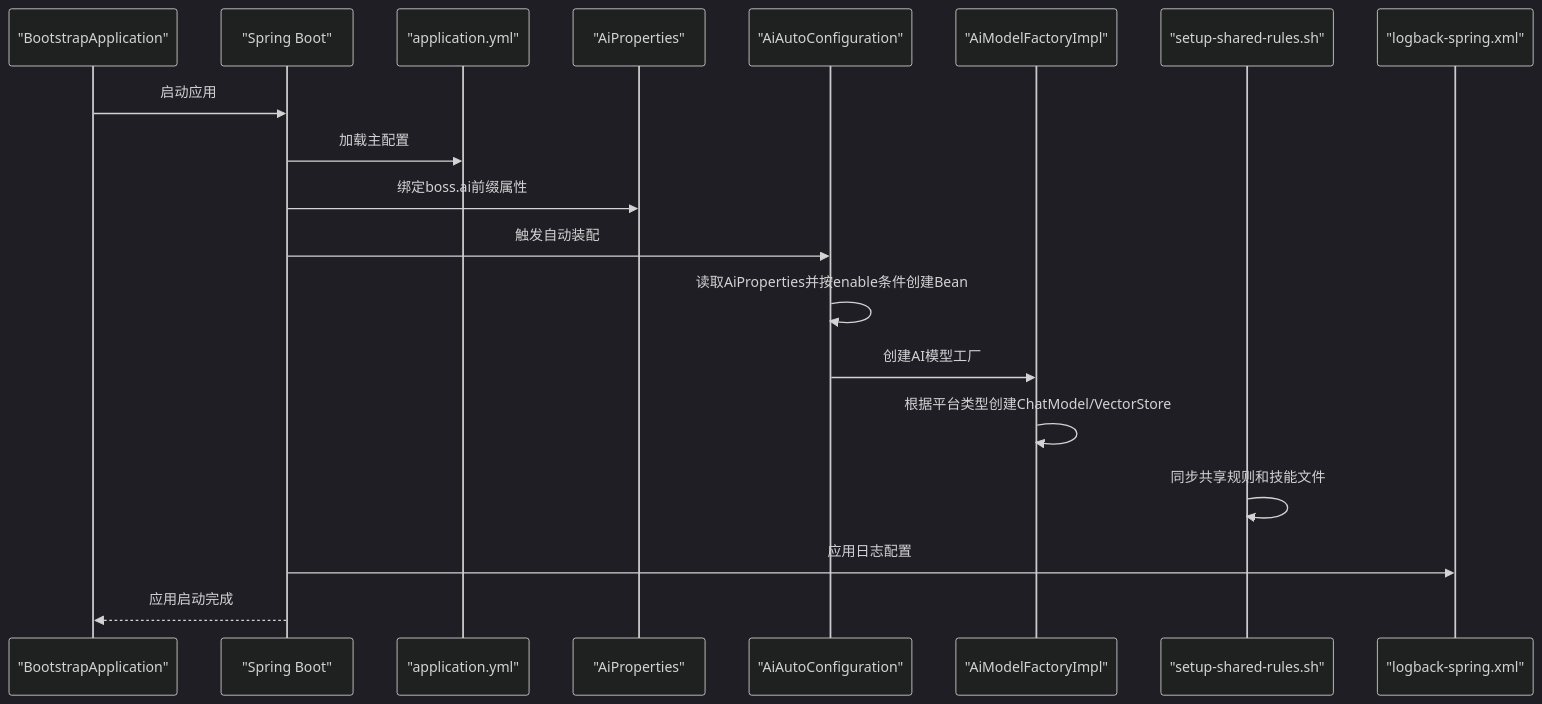
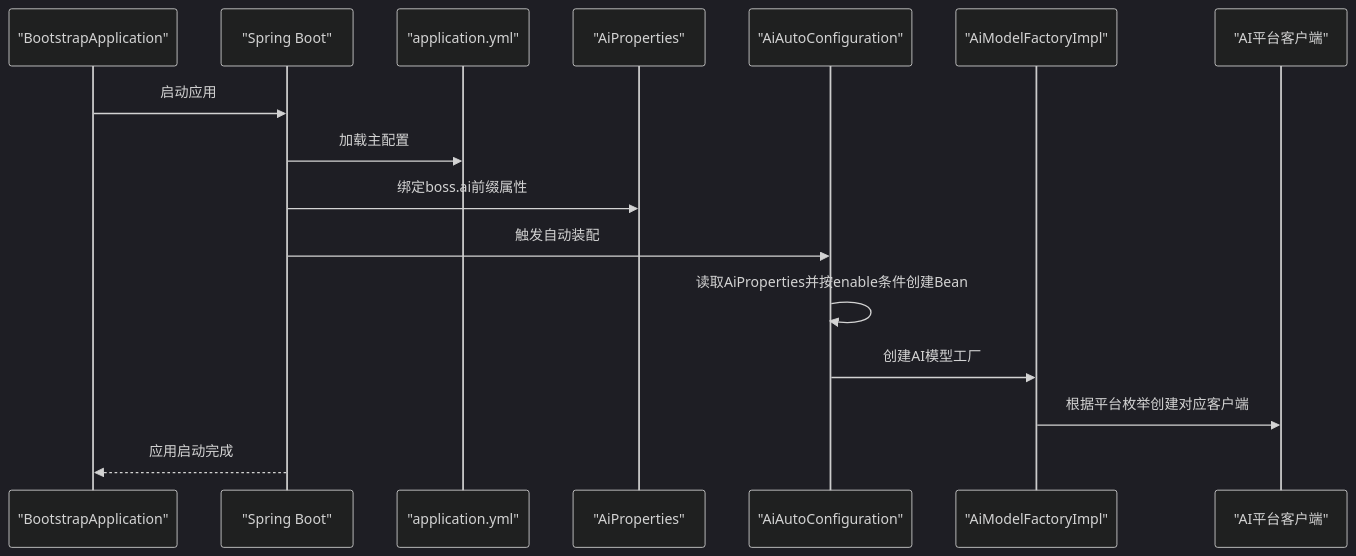
One commit to X555LB/data-ai changed the fourth of 6 diagrams in .qoder/repowiki/zh/content/配置指南.md. Above: the diagram before and after it, drawn with Mermaid (dark theme). The commit also changed other lines of this file and 9 other files, not shown here.

````diff
--- a/.qoder/repowiki/zh/content/配置指南.md
+++ b/.qoder/repowiki/zh/content/配置指南.md
@@ -196,21 +258,18 @@
 ```mermaid
 sequenceDiagram
 participant Boot as "BootstrapApplication"
 participant Spring as "Spring Boot"
 participant Config as "application.yml"
 participant Props as "AiProperties"
 participant Auto as "AiAutoConfiguration"
 participant Factory as "AiModelFactoryImpl"
-participant Rules as "setup-shared-rules.sh"
-participant Log as "logback-spring.xml"
+participant Platform as "AI平台客户端"
 Boot->>Spring : 启动应用
 Spring->>Config : 加载主配置
 Spring->>Props : 绑定boss.ai前缀属性
 Spring->>Auto : 触发自动装配
 Auto->>Auto : 读取AiProperties并按enable条件创建Bean
 Auto->>Factory : 创建AI模型工厂
-Factory->>Factory : 根据平台类型创建ChatModel/VectorStore
-Rules->>Rules : 同步共享规则和技能文件
-Spring->>Log : 应用日志配置
+Factory->>Platform : 根据平台枚举创建对应客户端
 Spring-->>Boot : 应用启动完成
 ```
````
